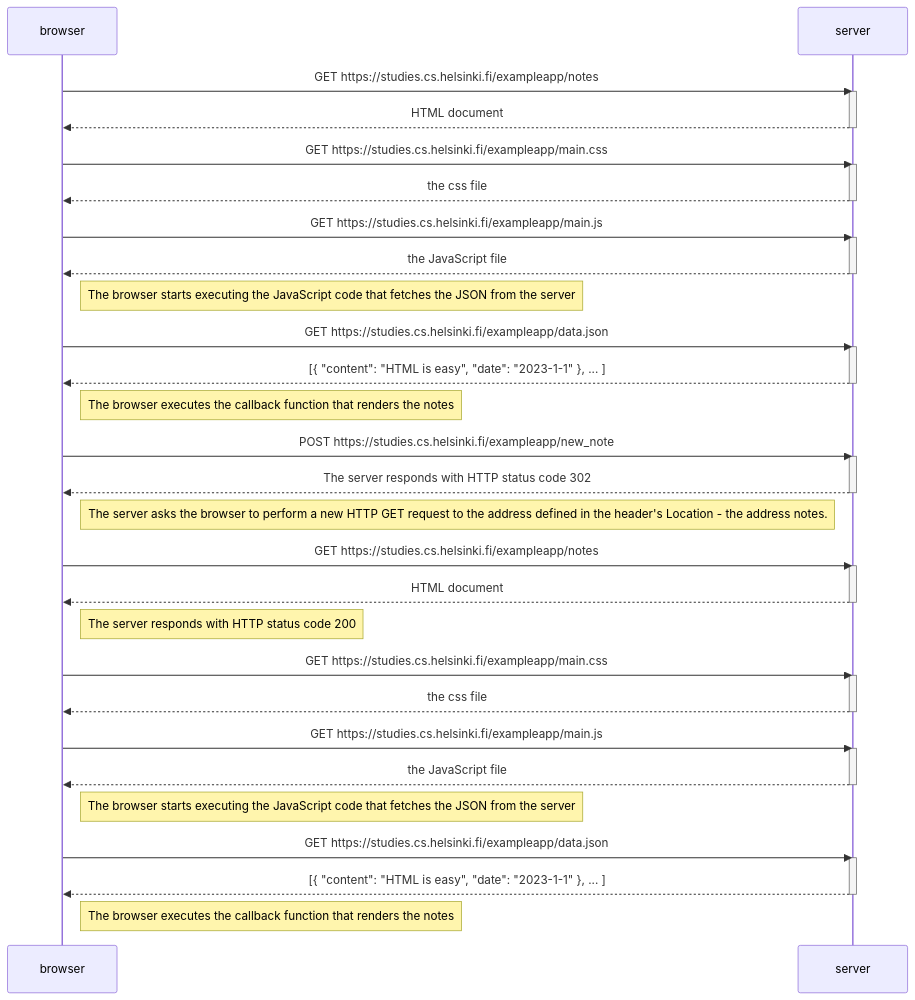
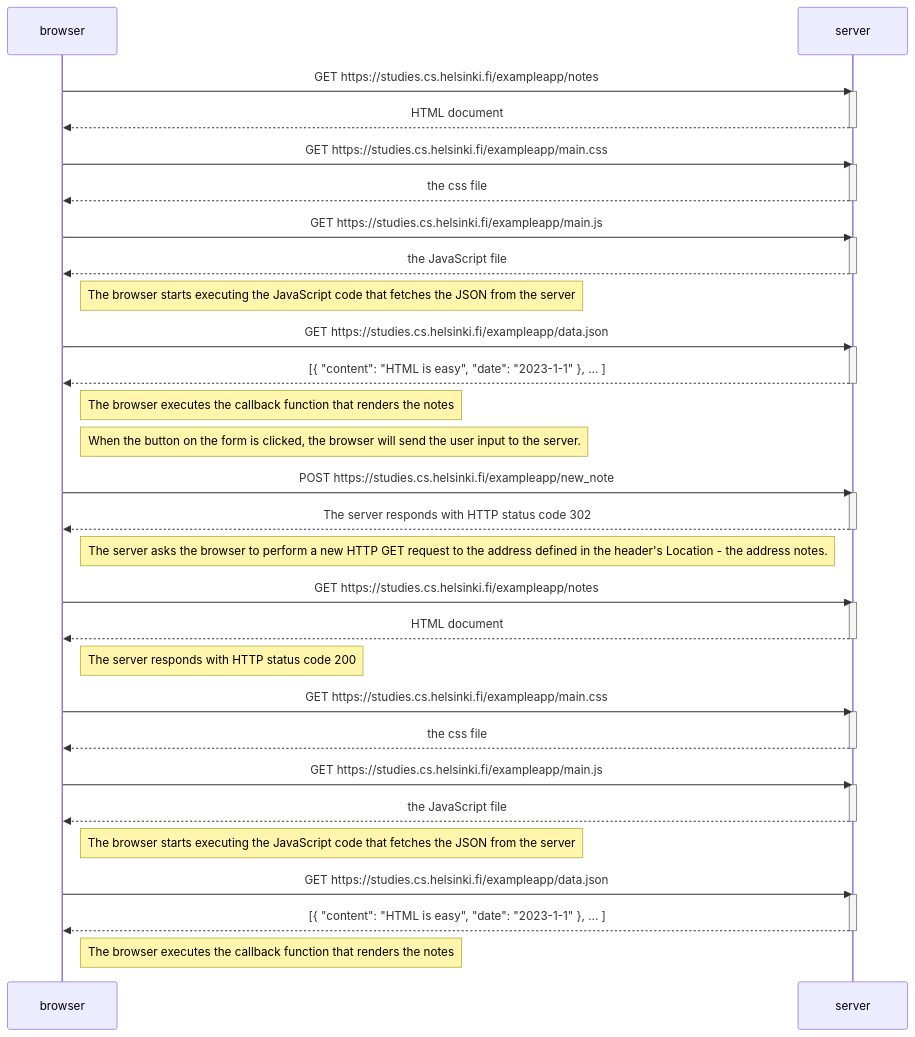
One commit to ViktoriiaProtasova/Full-Stack-open changed the diagram in part0/new-note-diagram.md. Above: the diagram before and after it, drawn with Mermaid.

````diff
--- a/part0/new-note-diagram.md
+++ b/part0/new-note-diagram.md
@@ -1,62 +1,64 @@
 ```mermaid
 sequenceDiagram
 participant browser
 participant server
 
     browser->>server: GET https://studies.cs.helsinki.fi/exampleapp/notes
     activate server
     server-->>browser: HTML document
     deactivate server
 
     browser->>server: GET https://studies.cs.helsinki.fi/exampleapp/main.css
     activate server
     server-->>browser: the css file
     deactivate server
 
     browser->>server: GET https://studies.cs.helsinki.fi/exampleapp/main.js
     activate server
     server-->>browser: the JavaScript file
     deactivate server
 
     Note right of browser: The browser starts executing the JavaScript code that fetches the JSON from the server
 
     browser->>server: GET https://studies.cs.helsinki.fi/exampleapp/data.json
     activate server
     server-->>browser: [{ "content": "HTML is easy", "date": "2023-1-1" }, ... ]
     deactivate server
 
     Note right of browser: The browser executes the callback function that renders the notes
+
+    Note right of browser: When the button on the form is clicked, the browser will send the user input to the server.
 
     browser->>server: POST https://studies.cs.helsinki.fi/exampleapp/new_note
     activate server
     server-->>browser: The server responds with HTTP status code 302
     deactivate server
 
     Note right of browser: The server asks the browser to perform a new HTTP GET request to the address defined in the header's Location - the address notes.
 
     browser->>server: GET https://studies.cs.helsinki.fi/exampleapp/notes
     activate server
     server-->>browser: HTML document
     deactivate server
 
     Note right of browser: The server responds with HTTP status code 200
 
     browser->>server: GET https://studies.cs.helsinki.fi/exampleapp/main.css
     activate server
     server-->>browser: the css file
     deactivate server
 
     browser->>server: GET https://studies.cs.helsinki.fi/exampleapp/main.js
     activate server
     server-->>browser: the JavaScript file
     deactivate server
 
     Note right of browser: The browser starts executing the JavaScript code that fetches the JSON from the server
 
     browser->>server: GET https://studies.cs.helsinki.fi/exampleapp/data.json
     activate server
     server-->>browser: [{ "content": "HTML is easy", "date": "2023-1-1" }, ... ]
     deactivate server
 
     Note right of browser: The browser executes the callback function that renders the notes
 ```
````
